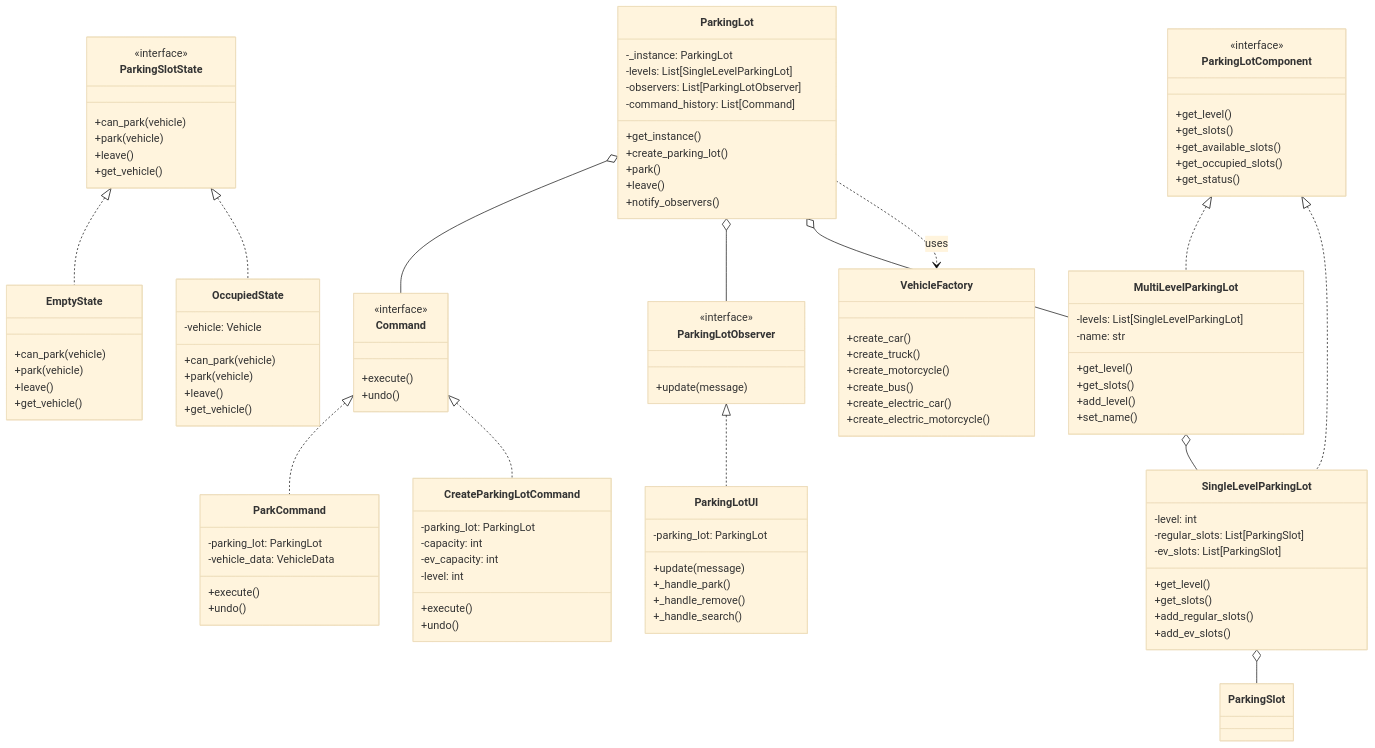
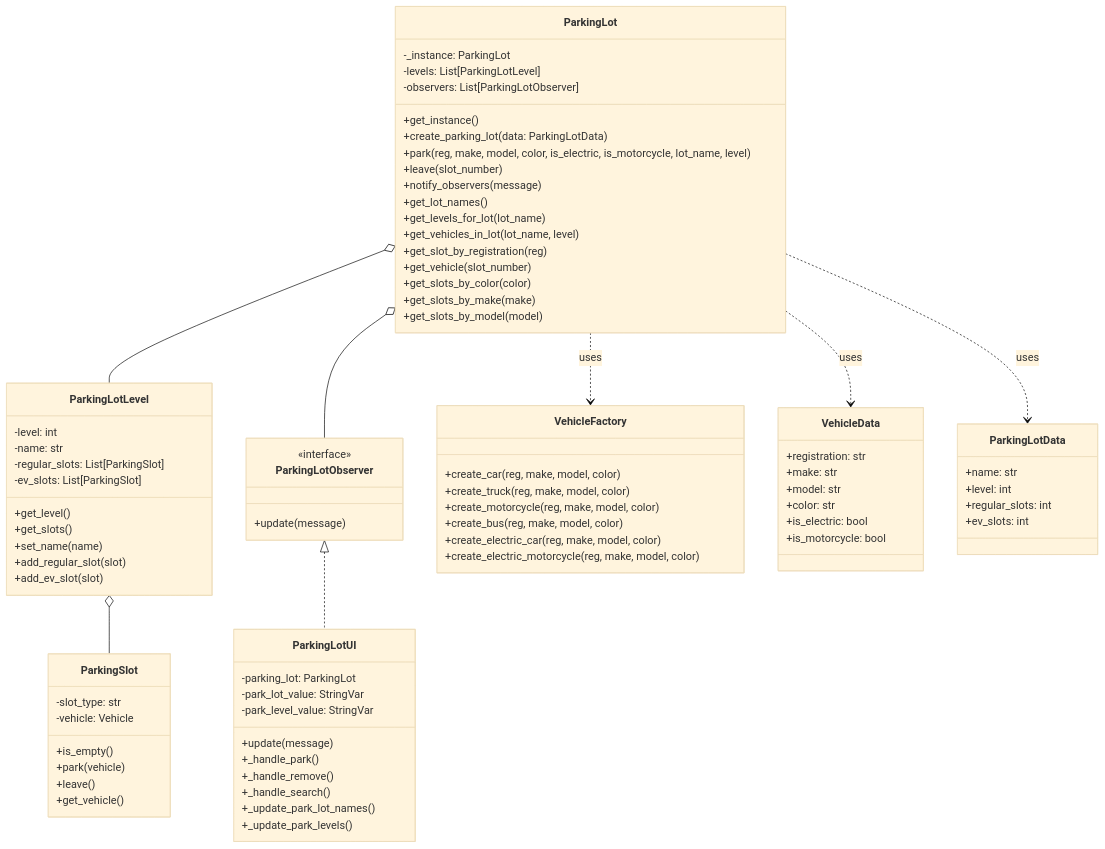
The diagram in src/implemented-diagrams/uml-class-diagram.mmd (sethmcknight/quantic-msse-easy-park-plus), drawn with Mermaid (base theme) before and after one commit. The commit also changed 2 other files, not shown here.

Commit message:
Add design patterns documentation and update UML diagrams
Introduced a new documentation file detailing the implementation of various design patterns including Command, Observer, Factory, State, Composite, Singleton, and DTOs. Enhanced UML class diagrams to reflect recent changes in the ParkingLot, ParkingLotLevel, and VehicleFactory classes. Updated sequence diagrams to illustrate the parking process with specific lot and level selection, improving clarity on system interactions and design structure.

```diff
--- a/src/implemented-diagrams/uml-class-diagram.mmd
+++ b/src/implemented-diagrams/uml-class-diagram.mmd
@@ -1,134 +1,97 @@
 classDiagram
-    %% Command Pattern
-    class Command {
-        <<interface>>
-        +execute()
-        +undo()
+    %% Core Classes
+    class ParkingLot {
+        -_instance: ParkingLot
+        -levels: List[ParkingLotLevel]
+        -observers: List[ParkingLotObserver]
+        +get_instance()
+        +create_parking_lot(data: ParkingLotData)
+        +park(reg, make, model, color, is_electric, is_motorcycle, lot_name, level)
+        +leave(slot_number)
+        +notify_observers(message)
+        +get_lot_names()
+        +get_levels_for_lot(lot_name)
+        +get_vehicles_in_lot(lot_name, level)
+        +get_slot_by_registration(reg)
+        +get_vehicle(slot_number)
+        +get_slots_by_color(color)
+        +get_slots_by_make(make)
+        +get_slots_by_model(model)
     }
     
-    class ParkCommand {
-        -parking_lot: ParkingLot
-        -vehicle_data: VehicleData
-        +execute()
-        +undo()
+    class ParkingLotLevel {
+        -level: int
+        -name: str
+        -regular_slots: List[ParkingSlot]
+        -ev_slots: List[ParkingSlot]
+        +get_level()
+        +get_slots()
+        +set_name(name)
+        +add_regular_slot(slot)
+        +add_ev_slot(slot)
     }
     
-    class CreateParkingLotCommand {
-        -parking_lot: ParkingLot
-        -capacity: int
-        -ev_capacity: int
-        -level: int
-        +execute()
-        +undo()
-    }
-    
-    %% State Pattern
-    class ParkingSlotState {
-        <<interface>>
-        +can_park(vehicle)
-        +park(vehicle)
-        +leave()
-        +get_vehicle()
-    }
-    
-    class EmptyState {
-        +can_park(vehicle)
-        +park(vehicle)
-        +leave()
-        +get_vehicle()
-    }
-    
-    class OccupiedState {
+    class ParkingSlot {
+        -slot_type: str
         -vehicle: Vehicle
-        +can_park(vehicle)
+        +is_empty()
         +park(vehicle)
         +leave()
         +get_vehicle()
     }
     
     %% Observer Pattern
     class ParkingLotObserver {
         <<interface>>
         +update(message)
     }
     
     class ParkingLotUI {
         -parking_lot: ParkingLot
+        -park_lot_value: StringVar
+        -park_level_value: StringVar
         +update(message)
         +_handle_park()
         +_handle_remove()
         +_handle_search()
+        +_update_park_lot_names()
+        +_update_park_levels()
     }
     
     %% Factory Pattern
     class VehicleFactory {
-        +create_car()
-        +create_truck()
-        +create_motorcycle()
-        +create_bus()
-        +create_electric_car()
-        +create_electric_motorcycle()
+        +create_car(reg, make, model, color)
+        +create_truck(reg, make, model, color)
+        +create_motorcycle(reg, make, model, color)
+        +create_bus(reg, make, model, color)
+        +create_electric_car(reg, make, model, color)
+        +create_electric_motorcycle(reg, make, model, color)
     }
     
-    %% Composite Pattern
-    class ParkingLotComponent {
-        <<interface>>
-        +get_level()
-        +get_slots()
-        +get_available_slots()
-        +get_occupied_slots()
-        +get_status()
+    %% Data Models
+    class VehicleData {
+        +registration: str
+        +make: str
+        +model: str
+        +color: str
+        +is_electric: bool
+        +is_motorcycle: bool
     }
     
-    class MultiLevelParkingLot {
-        -levels: List[SingleLevelParkingLot]
-        -name: str
-        +get_level()
-        +get_slots()
-        +add_level()
-        +set_name()
-    }
-    
-    class SingleLevelParkingLot {
-        -level: int
-        -regular_slots: List[ParkingSlot]
-        -ev_slots: List[ParkingSlot]
-        +get_level()
-        +get_slots()
-        +add_regular_slots()
-        +add_ev_slots()
-    }
-    
-    %% Singleton Pattern
-    class ParkingLot {
-        -_instance: ParkingLot
-        -levels: List[SingleLevelParkingLot]
-        -observers: List[ParkingLotObserver]
-        -command_history: List[Command]
-        +get_instance()
-        +create_parking_lot()
-        +park()
-        +leave()
-        +notify_observers()
+    class ParkingLotData {
+        +name: str
+        +level: int
+        +regular_slots: int
+        +ev_slots: int
     }
     
     %% Relationships
-    Command <|.. ParkCommand
-    Command <|.. CreateParkingLotCommand
-    
-    ParkingSlotState <|.. EmptyState
-    ParkingSlotState <|.. OccupiedState
-    
     ParkingLotObserver <|.. ParkingLotUI
     
-    ParkingLotComponent <|.. MultiLevelParkingLot
-    ParkingLotComponent <|.. SingleLevelParkingLot
+    ParkingLot o-- ParkingLotLevel
+    ParkingLot o-- ParkingLotObserver
+    ParkingLotLevel o-- ParkingSlot
     
-    MultiLevelParkingLot o-- SingleLevelParkingLot
-    SingleLevelParkingLot o-- ParkingSlot
-    
-    ParkingLot o-- Command
-    ParkingLot o-- ParkingLotObserver
-    ParkingLot o-- MultiLevelParkingLot
-    
-    ParkingLot ..> VehicleFactory : uses 
+    ParkingLot ..> VehicleFactory : uses
+    ParkingLot ..> VehicleData : uses
+    ParkingLot ..> ParkingLotData : uses 
```
